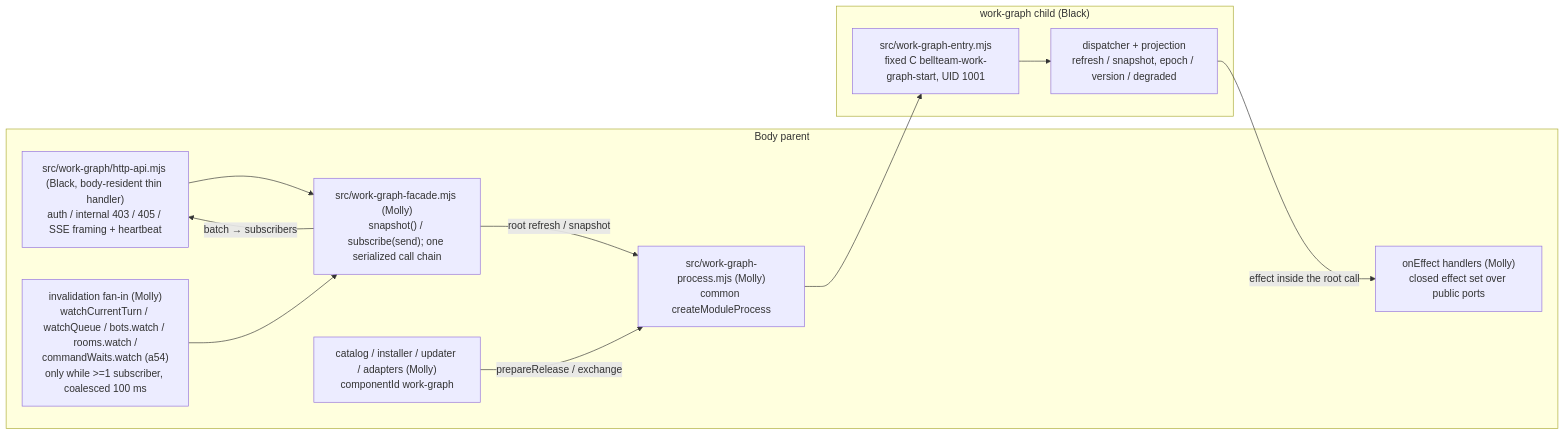
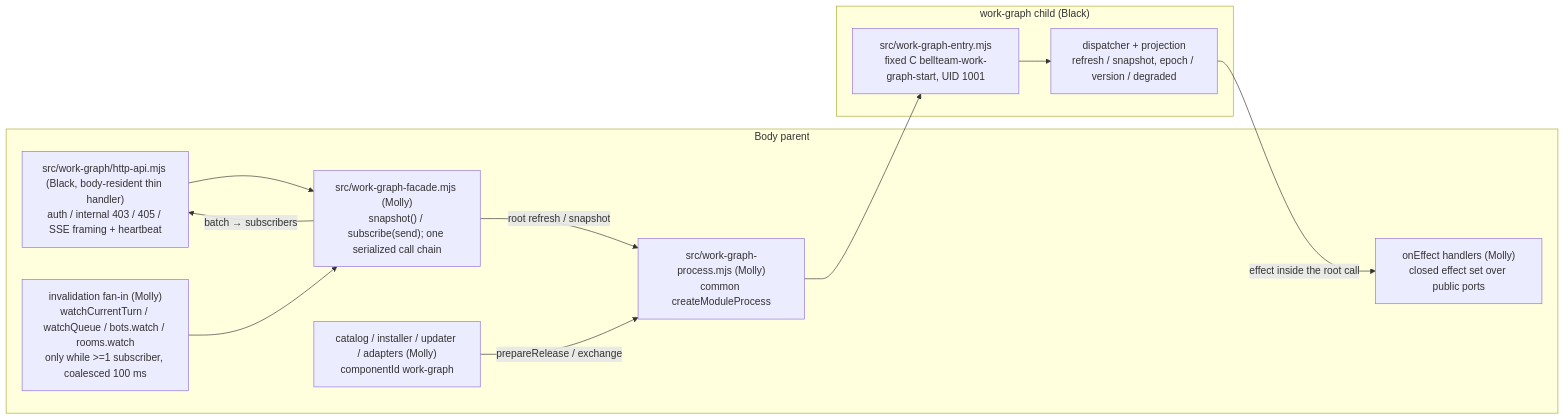
Before and after one commit to kitepon/BellTeam: the diagram in docs/architecture/modules/runtime/work-graph-child.md, drawn with Mermaid. The commit also changed other lines of this file and 4 other files, not shown here.

First line of the commit message:
work-graph: working = lattice's runningState judgement, nothing else (a54, Owner ruling)

````diff
--- a/docs/architecture/modules/runtime/work-graph-child.md
+++ b/docs/architecture/modules/runtime/work-graph-child.md
@@ -7,22 +7,22 @@
 ```mermaid
 flowchart LR
   subgraph Parent["Body parent"]
     Route["src/work-graph/http-api.mjs (Black, body-resident thin handler)<br/>auth / internal 403 / 405 / SSE framing + heartbeat"]
     Facade["src/work-graph-facade.mjs (Molly)<br/>snapshot() / subscribe(send); one serialized call chain"]
-    Signals["invalidation fan-in (Molly)<br/>watchCurrentTurn / watchQueue / bots.watch / rooms.watch /<br/>commandWaits.watch (a54)<br/>only while >=1 subscriber, coalesced 100 ms"]
+    Signals["invalidation fan-in (Molly)<br/>watchCurrentTurn / watchQueue / bots.watch / rooms.watch<br/>only while >=1 subscriber, coalesced 100 ms"]
     Proc["src/work-graph-process.mjs (Molly)<br/>common createModuleProcess"]
     Ports["onEffect handlers (Molly)<br/>closed effect set over public ports"]
     Update["catalog / installer / updater / adapters (Molly)<br/>componentId work-graph"]
   end
   subgraph Child["work-graph child (Black)"]
     Entry["src/work-graph-entry.mjs<br/>fixed C bellteam-work-graph-start, UID 1001"]
     Disp["dispatcher + projection<br/>refresh / snapshot, epoch / version / degraded"]
   end
   Route --> Facade
   Signals --> Facade
   Facade -->|"root refresh / snapshot"| Proc
   Proc --> Entry --> Disp
   Disp -->|"effect inside the root call"| Ports
   Facade -->|"batch → subscribers"| Route
   Update -->|"prepareRelease / exchange"| Proc
 ```
````
